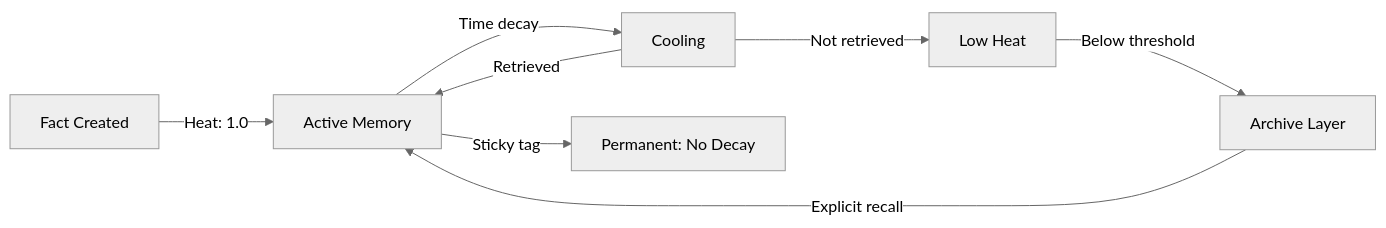
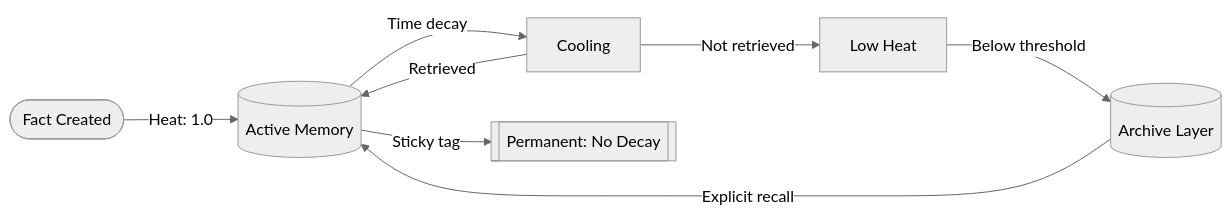
One commit to CyberdaemonAI/cyberdaemon-site changed the second of 3 diagrams in src/content/build-logs/prom-memory.mdx. Above: the diagram before and after it, drawn with Mermaid (neutral theme). The commit also changed other lines of this file and 23 other files, not shown here.

First line of the commit message:
style(diagrams): retrofit all mermaid diagrams to flowchart syntax site-wide

````diff
--- a/src/content/build-logs/prom-memory.mdx
+++ b/src/content/build-logs/prom-memory.mdx
@@ -156,10 +156,10 @@
 ```mermaid
-graph LR
-    A[Fact Created] -->|Heat: 1.0| B[Active Memory]
+flowchart LR
+    A([Fact Created]) -->|Heat: 1.0| B[(Active Memory)]
     B -->|Time decay| C[Cooling]
     C -->|Retrieved| B
     C -->|Not retrieved| D[Low Heat]
-    D -->|Below threshold| E[Archive Layer]
+    D -->|Below threshold| E[(Archive Layer)]
     E -->|Explicit recall| B
-    B -->|Sticky tag| F[Permanent: No Decay]
+    B -->|Sticky tag| F[[Permanent: No Decay]]
 ```
````
